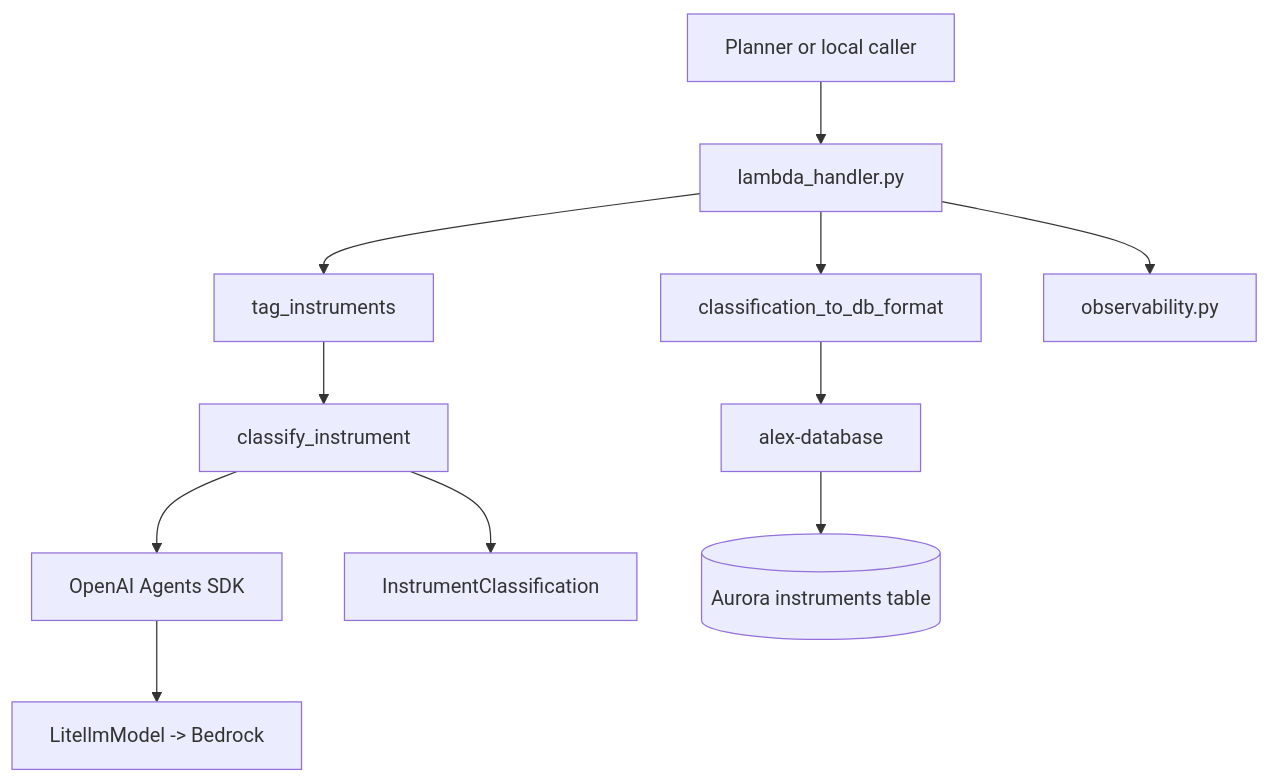
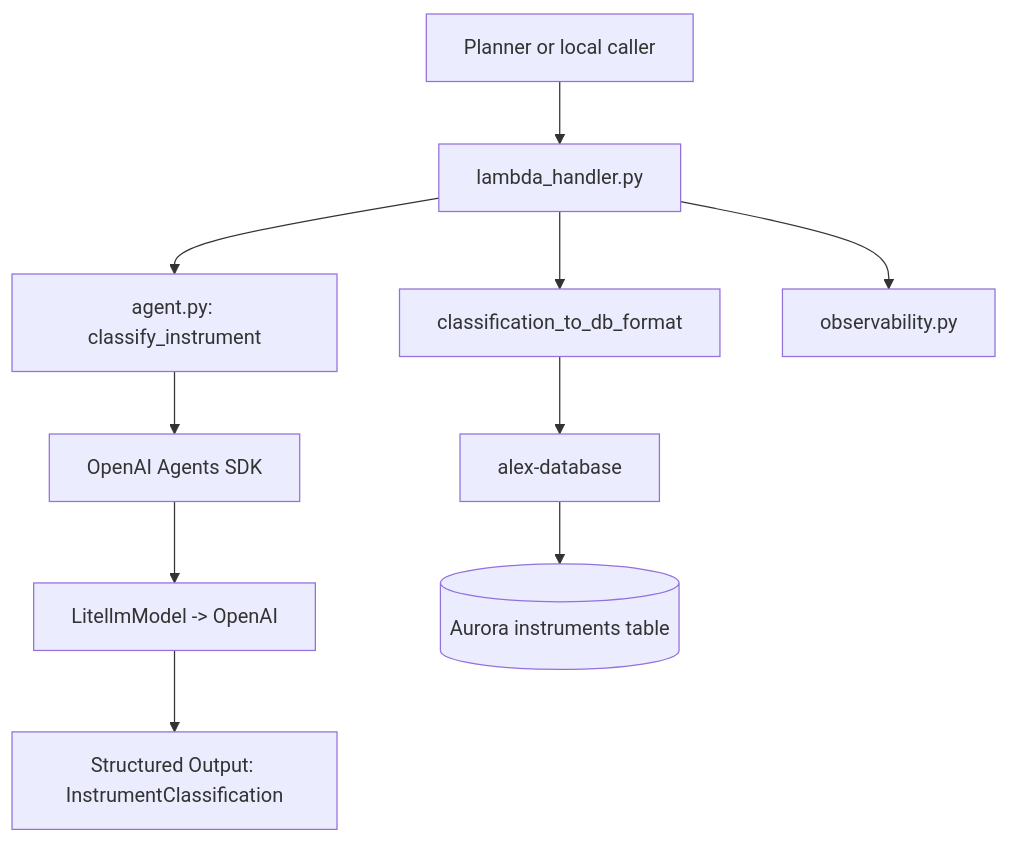
One commit to Sunny-sunnyy/alex changed the first of 3 diagrams in backend/tagger/README.md. Above: the diagram before and after it, drawn with Mermaid. The commit also changed other lines of this file and 43 other files, not shown here.

````diff
--- a/backend/tagger/README.md
+++ b/backend/tagger/README.md
@@ -34,13 +36,12 @@
 ```mermaid
 flowchart TD
     A[Planner or local caller] --> B[lambda_handler.py]
-    B --> C[tag_instruments]
-    C --> D[classify_instrument]
-    D --> E[OpenAI Agents SDK]
-    E --> F[LitellmModel -> Bedrock]
-    D --> G[InstrumentClassification]
-    B --> H[classification_to_db_format]
-    H --> I[alex-database]
-    I --> J[(Aurora instruments table)]
-    B --> K[observability.py]
+    B --> C[agent.py: classify_instrument]
+    C --> D[OpenAI Agents SDK]
+    D --> E[LitellmModel -> OpenAI]
+    E --> F[Structured Output: InstrumentClassification]
+    B --> G[classification_to_db_format]
+    G --> H[alex-database]
+    H --> I[(Aurora instruments table)]
+    B --> J[observability.py]
 ```
````
